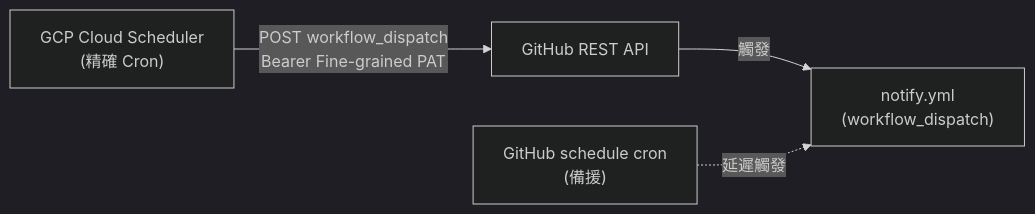
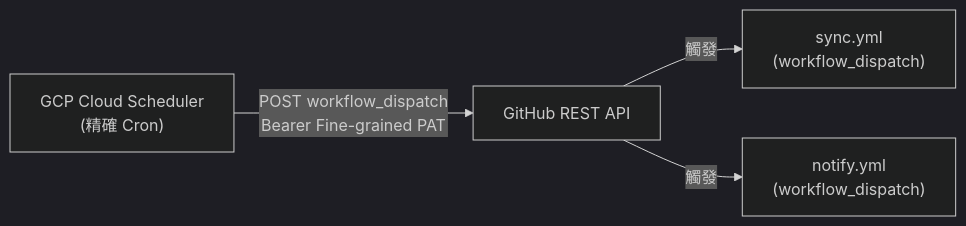
One commit to dccoding1118/more-line-points changed the first of 4 diagrams in docs/design/design-cicd.md. Above: the diagram before and after it, drawn with Mermaid. The commit also changed other lines of this file and 1 other file, not shown here.

Commit message:
docs: update CI/CD design and requirements using Cloud Scheduler for sync and notify.

````diff
--- a/docs/design/design-cicd.md
+++ b/docs/design/design-cicd.md
@@ -120,7 +118,7 @@
 ```mermaid
 %%{init: {'theme':'dark'}}%%
 flowchart LR
     GCP["GCP Cloud Scheduler<br/>(精確 Cron)"] -->|"POST workflow_dispatch<br/>Bearer Fine-grained PAT"| GH_API["GitHub REST API"]
+    GH_API -->|"觸發"| SYNC["sync.yml<br/>(workflow_dispatch)"]
     GH_API -->|"觸發"| NOTIFY["notify.yml<br/>(workflow_dispatch)"]
-    BACKUP["GitHub schedule cron<br/>(備援)"] -.->|"延遲觸發"| NOTIFY
 ```
````
